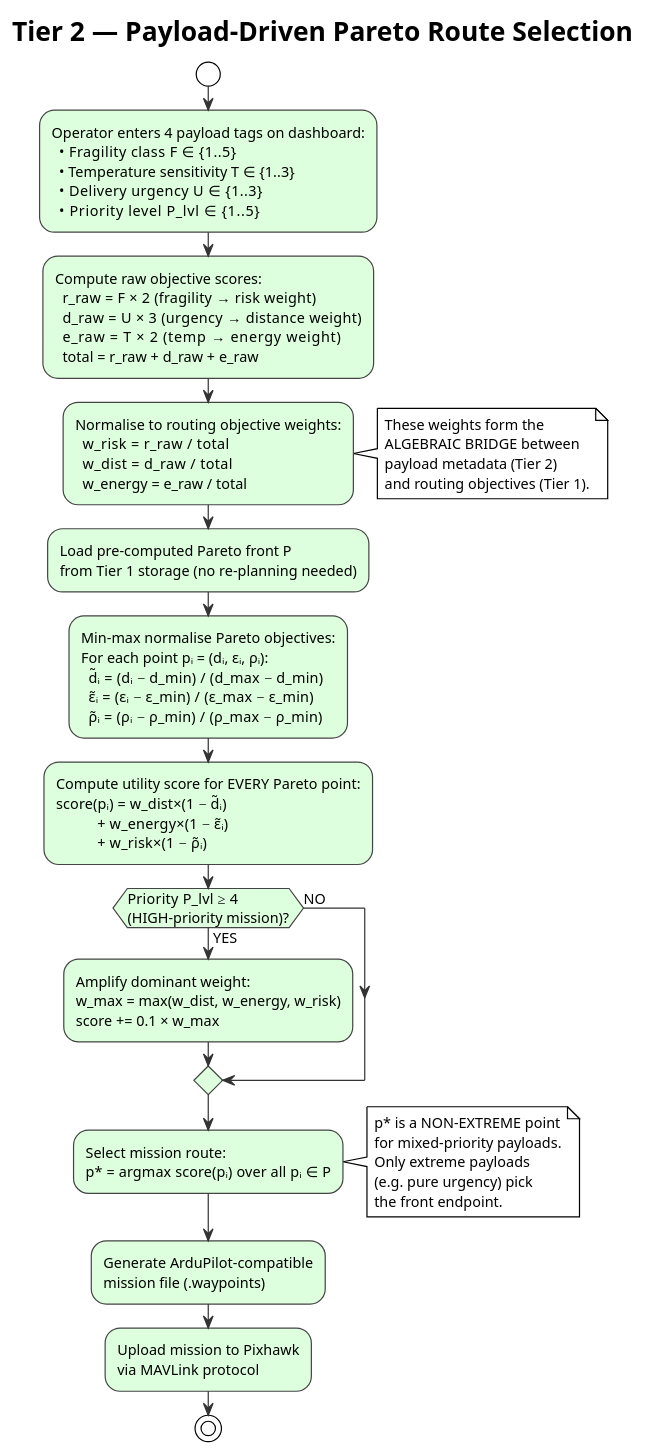
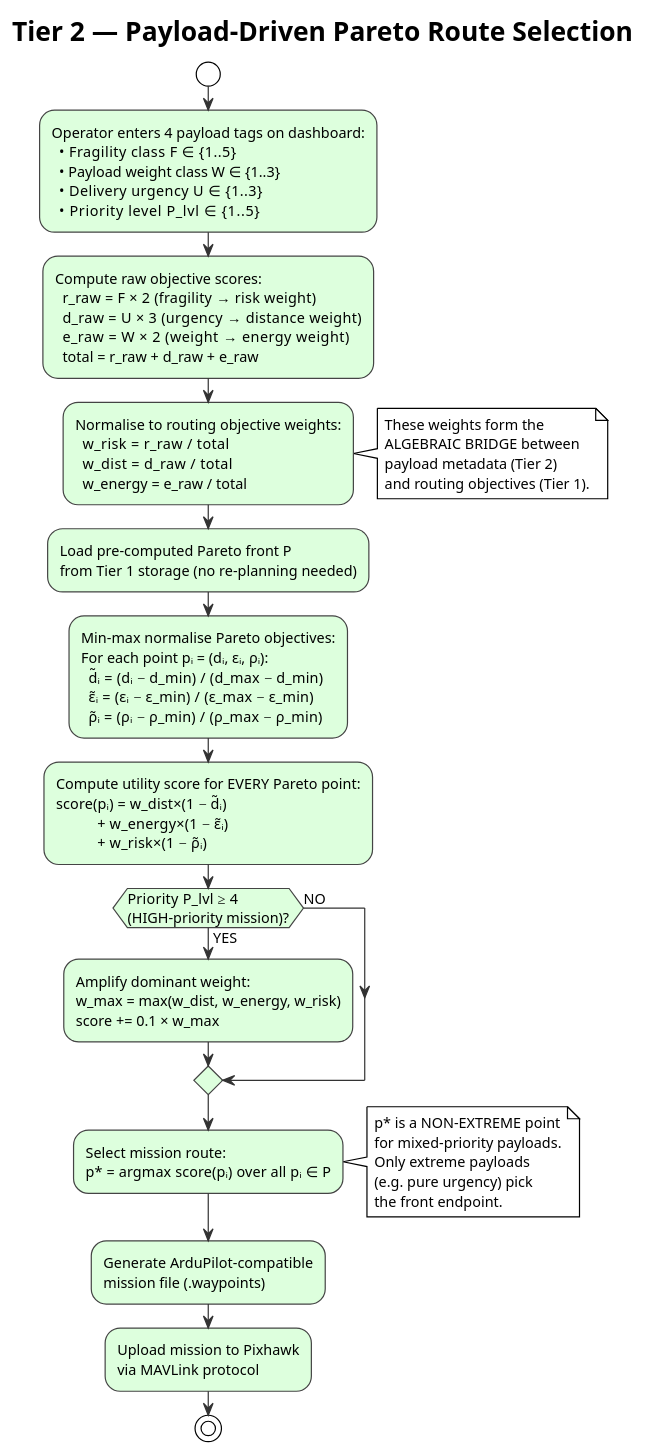
One commit to thirumuruganra/fyp-drone changed the diagram in Review 1/Phase 1 Report/diagrams/tier2.puml. Above: the diagram before and after it, drawn with PlantUML. The commit also changed 9 other files, not shown here.

First line of the commit message:
refactor(review1): rename temperature-sensitivity payload tag to payload-weight class

```diff
--- a/Review 1/Phase 1 Report/diagrams/tier2.puml
+++ b/Review 1/Phase 1 Report/diagrams/tier2.puml
@@ -1,51 +1,51 @@
 @startuml tier2
 !theme plain
 skinparam defaultFontSize 12
 skinparam ActivityBorderColor #444444
 skinparam ActivityBackgroundColor #DDFFDD
 skinparam ArrowColor #333333
 
 title Tier 2 — Payload-Driven Pareto Route Selection
 
 start
 
-:Operator enters 4 payload tags on dashboard:\n  • Fragility class    F ∈ {1..5}\n  • Temperature sensitivity T ∈ {1..3}\n  • Delivery urgency    U ∈ {1..3}\n  • Priority level      P_lvl ∈ {1..5};
+:Operator enters 4 payload tags on dashboard:\n  • Fragility class    F ∈ {1..5}\n  • Payload weight class W ∈ {1..3}\n  • Delivery urgency    U ∈ {1..3}\n  • Priority level      P_lvl ∈ {1..5};
 
-:Compute raw objective scores:\n  r_raw = F × 2    (fragility → risk weight)\n  d_raw = U × 3    (urgency  → distance weight)\n  e_raw = T × 2    (temp     → energy weight)\n  total = r_raw + d_raw + e_raw;
+:Compute raw objective scores:\n  r_raw = F × 2    (fragility → risk weight)\n  d_raw = U × 3    (urgency  → distance weight)\n  e_raw = W × 2    (weight   → energy weight)\n  total = r_raw + d_raw + e_raw;
 
 :Normalise to routing objective weights:\n  w_risk   = r_raw / total\n  w_dist   = d_raw / total\n  w_energy = e_raw / total;
 
 note right
   These weights form the
   ALGEBRAIC BRIDGE between
   payload metadata (Tier 2)
   and routing objectives (Tier 1).
 end note
 
 :Load pre-computed Pareto front P\nfrom Tier 1 storage (no re-planning needed);
 
 :Min-max normalise Pareto objectives:\nFor each point pᵢ = (dᵢ, εᵢ, ρᵢ):\n  d̃ᵢ = (dᵢ − d_min) / (d_max − d_min)\n  ε̃ᵢ = (εᵢ − ε_min) / (ε_max − ε_min)\n  ρ̃ᵢ = (ρᵢ − ρ_min) / (ρ_max − ρ_min);
 
 :Compute utility score for EVERY Pareto point:\nscore(pᵢ) = w_dist×(1 − d̃ᵢ)\n           + w_energy×(1 − ε̃ᵢ)\n           + w_risk×(1 − ρ̃ᵢ);
 
 if (Priority P_lvl ≥ 4\n(HIGH-priority mission)?) then (YES)
   :Amplify dominant weight:\nw_max = max(w_dist, w_energy, w_risk)\nscore += 0.1 × w_max;
 else (NO)
 endif
 
 :Select mission route:\np* = argmax score(pᵢ)  over all pᵢ ∈ P;
 
 note right
   p* is a NON-EXTREME point
   for mixed-priority payloads.
   Only extreme payloads
   (e.g. pure urgency) pick
   the front endpoint.
 end note
 
 :Generate ArduPilot-compatible\nmission file (.waypoints);
 
 :Upload mission to Pixhawk\nvia MAVLink protocol;
 
 stop
 @enduml
```
